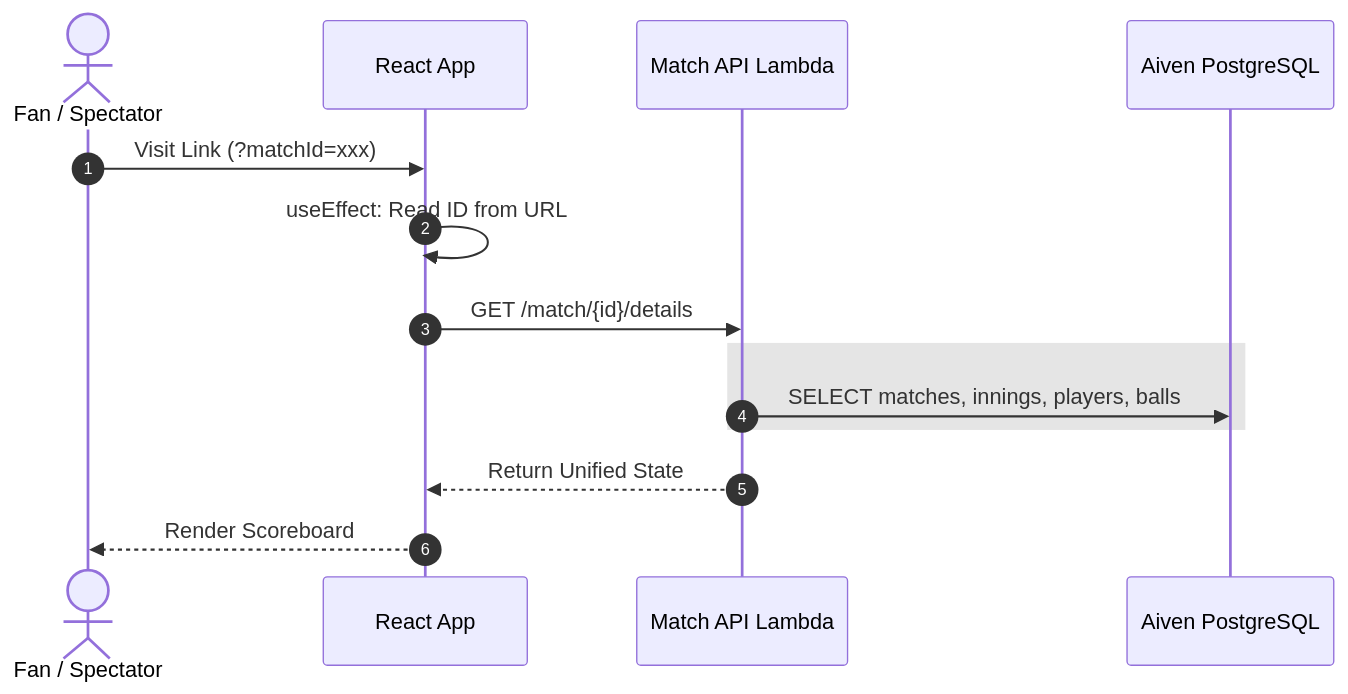
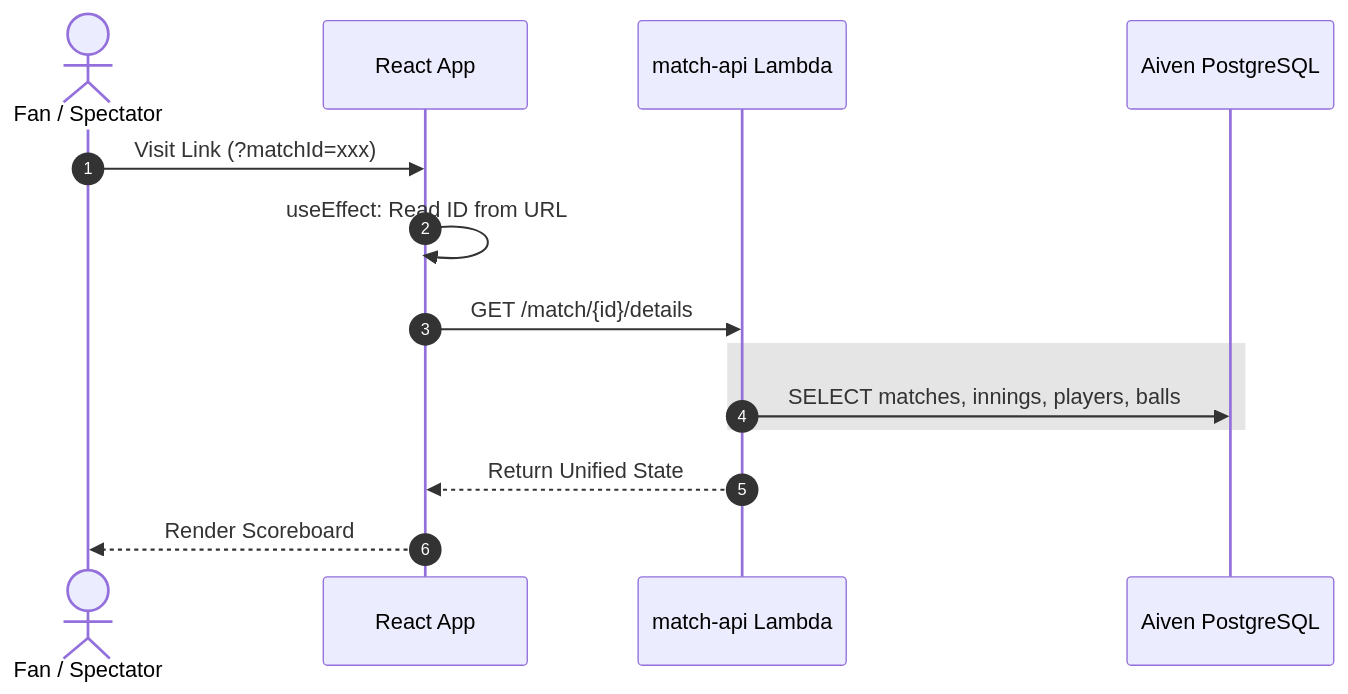
The first of 2 diagrams in docs/architecture.md (venkatesh-singamsetty/cric-score), drawn with Mermaid before and after one commit. The commit also changed other lines of this file and 1 other file, not shown here.

Commit message:
docs: finalize v2.0.0 architecture and README

````diff
--- a/docs/architecture.md
+++ b/docs/architecture.md
@@ -42,17 +8,17 @@
 ```mermaid
 sequenceDiagram
     autonumber
     actor Viewer as Fan / Spectator
     participant App as React App
-    participant Lambda as Match API Lambda
+    participant Lambda as match-api Lambda
     participant Aiven_PG as Aiven PostgreSQL
 
     Viewer->>App: Visit Link (?matchId=xxx)
     App->>App: useEffect: Read ID from URL
     App->>Lambda: GET /match/{id}/details
     rect rgb(0, 0, 0, 0.1)
         Lambda->>Aiven_PG: SELECT matches, innings, players, balls
     end
     Lambda-->>App: Return Unified State
     App-->>Viewer: Render Scoreboard
 ```
````
